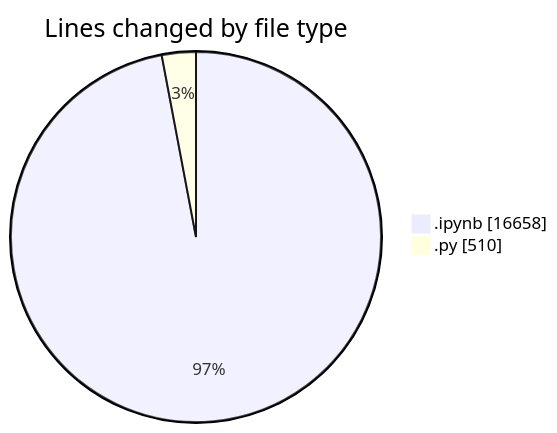
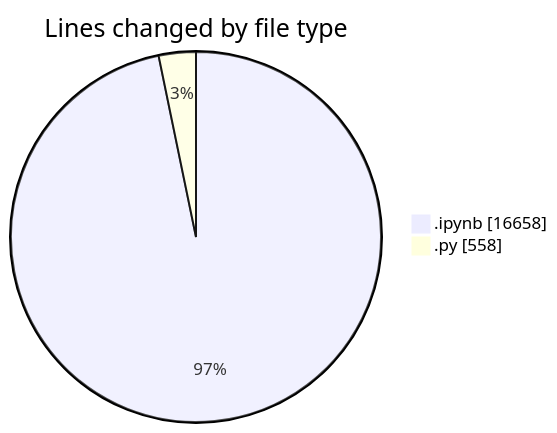
One commit to MatusMokan/code-tracking changed the first of 2 diagrams in 2025-03-20/myws__workspace_/README.md. Above: the diagram before and after it, drawn with Mermaid. The commit also changed other lines of this file and 1 other file, not shown here.

````diff
--- a/2025-03-20/myws__workspace_/README.md
+++ b/2025-03-20/myws__workspace_/README.md
@@ -21,6 +21,6 @@
 ```mermaid
 pie showData
 title Lines changed by file type
 ".ipynb" : 16658
-".py" : 510
+".py" : 558
 ```
````
